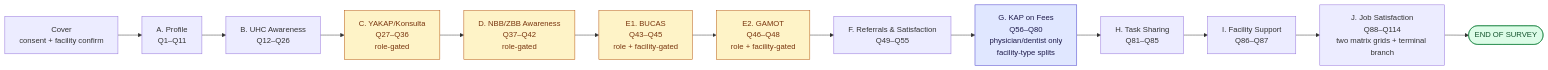
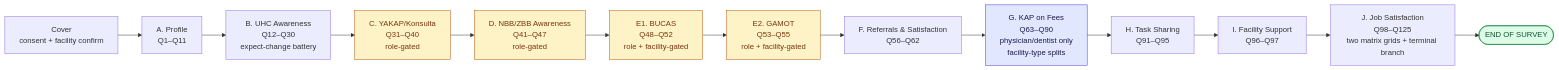
One commit to cplreyes/ASPSI-DOH-UHC-CAPI-Development changed the diagram in deliverables/F2/F2-Spec.md. Above: the diagram before and after it, drawn with Mermaid. The commit also changed other lines of this file and 33 other files, not shown here.

First line of the commit message:
F2: Apr 20 questionnaire update — skip-logic, cross-field, generated schema

````diff
--- a/deliverables/F2/F2-Spec.md
+++ b/deliverables/F2/F2-Spec.md
@@ -30,22 +35,22 @@
 ```mermaid
 flowchart LR
     Cover[Cover<br/>consent + facility confirm] --> A[A. Profile<br/>Q1–Q11]
-    A --> B[B. UHC Awareness<br/>Q12–Q26]
-    B --> C[C. YAKAP/Konsulta<br/>Q27–Q36<br/>role-gated]
-    C --> D[D. NBB/ZBB Awareness<br/>Q37–Q42<br/>role-gated]
-    D --> E1[E1. BUCAS<br/>Q43–Q45<br/>role + facility-gated]
-    E1 --> E2[E2. GAMOT<br/>Q46–Q48<br/>role + facility-gated]
-    E2 --> F[F. Referrals & Satisfaction<br/>Q49–Q55]
-    F --> G[G. KAP on Fees<br/>Q56–Q80<br/>physician/dentist only<br/>facility-type splits]
-    G --> H[H. Task Sharing<br/>Q81–Q85]
-    H --> I[I. Facility Support<br/>Q86–Q87]
-    I --> J[J. Job Satisfaction<br/>Q88–Q114<br/>two matrix grids + terminal branch]
+    A --> B[B. UHC Awareness<br/>Q12–Q30<br/>expect-change battery]
+    B --> C[C. YAKAP/Konsulta<br/>Q31–Q40<br/>role-gated]
+    C --> D[D. NBB/ZBB Awareness<br/>Q41–Q47<br/>role-gated]
+    D --> E1[E1. BUCAS<br/>Q48–Q52<br/>role + facility-gated]
+    E1 --> E2[E2. GAMOT<br/>Q53–Q55<br/>role + facility-gated]
+    E2 --> F[F. Referrals & Satisfaction<br/>Q56–Q62]
+    F --> G[G. KAP on Fees<br/>Q63–Q90<br/>physician/dentist only<br/>facility-type splits]
+    G --> H[H. Task Sharing<br/>Q91–Q95]
+    H --> I[I. Facility Support<br/>Q96–Q97]
+    I --> J[J. Job Satisfaction<br/>Q98–Q125<br/>two matrix grids + terminal branch]
     J --> End([END OF SURVEY])
 
     classDef gated fill:#fef3c7,stroke:#b45309,color:#78350f
     classDef split fill:#e0e7ff,stroke:#4338ca,color:#1e1b4b
     classDef terminal fill:#dcfce7,stroke:#15803d,color:#14532d
     class C,D,E1,E2 gated
     class G split
     class End terminal
 ```
````
